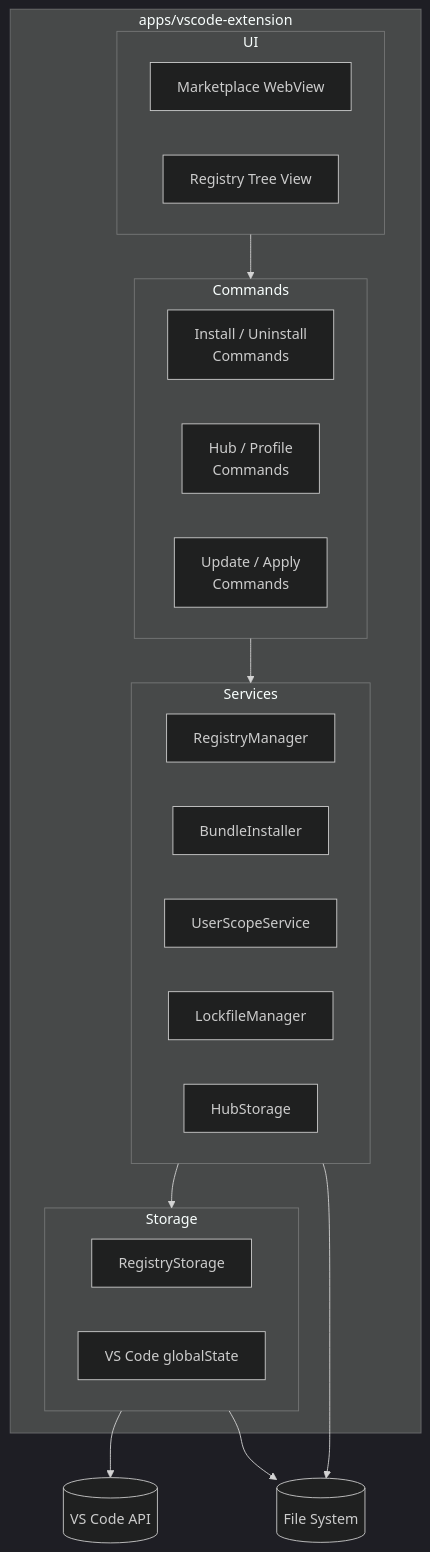
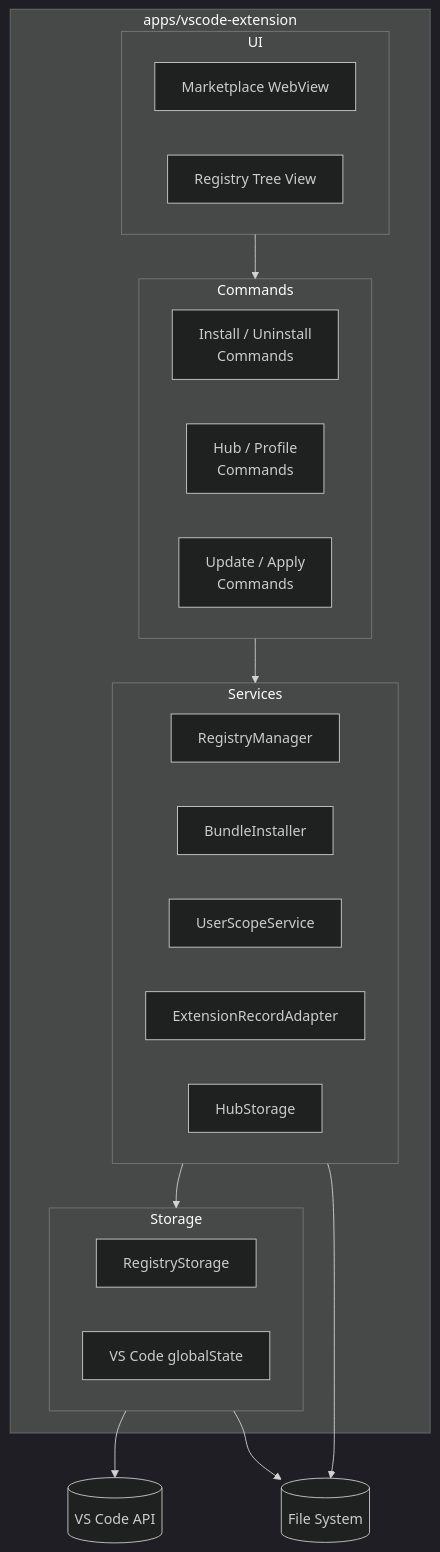
One commit to AmadeusITGroup/ai-primitives-hub changed the fifth of 6 diagrams in docs/contributor-guide/architecture/library-centric-architecture/component.md. Above: the diagram before and after it, drawn with Mermaid (dark theme). The commit also changed other lines of this file and 11 other files, not shown here.

````diff
--- a/docs/contributor-guide/architecture/library-centric-architecture/component.md
+++ b/docs/contributor-guide/architecture/library-centric-architecture/component.md
@@ -469,38 +487,38 @@
 ```mermaid
 flowchart TB
     subgraph Ext["apps/vscode-extension"]
         subgraph Commands["Commands"]
             installCmd[Install / Uninstall<br/>Commands]
             hubCmd[Hub / Profile<br/>Commands]
             updateCmd[Update / Apply<br/>Commands]
         end
 
         subgraph UI["UI"]
             marketplace[Marketplace WebView]
             treeView[Registry Tree View]
         end
 
         subgraph Services["Services"]
             registryMgr[RegistryManager]
             bundleInstaller[BundleInstaller]
             userScopeService[UserScopeService]
-            lockfileMgr[LockfileManager]
+            recordAdapter[ExtensionRecordAdapter]
             hubStorage[HubStorage]
         end
 
         subgraph Storage["Storage"]
             registryStorage[RegistryStorage]
             globalState[VS Code globalState]
         end
     end
 
     VSCodeAPI[(VS Code API)]
     FS[(File System)]
 
     Commands --> Services
     UI --> Commands
     Services --> Storage
     Services --> FS
     Storage --> VSCodeAPI
     Storage --> FS
 ```
````
